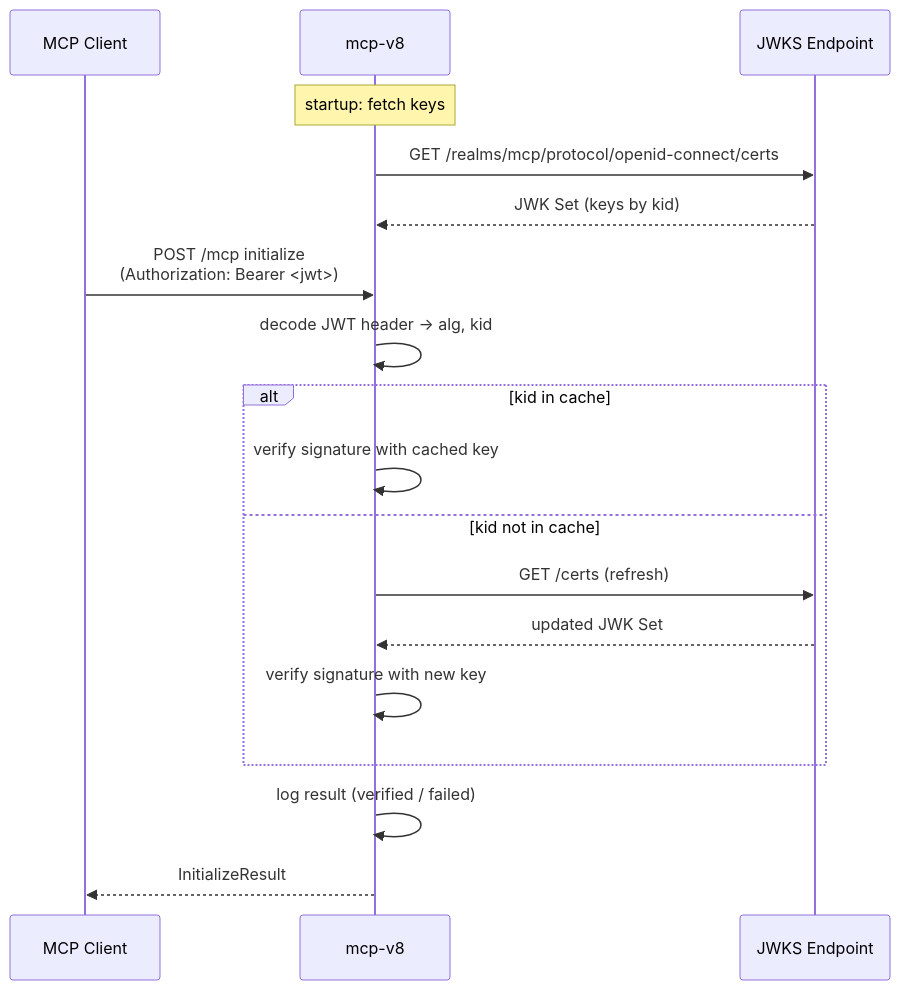
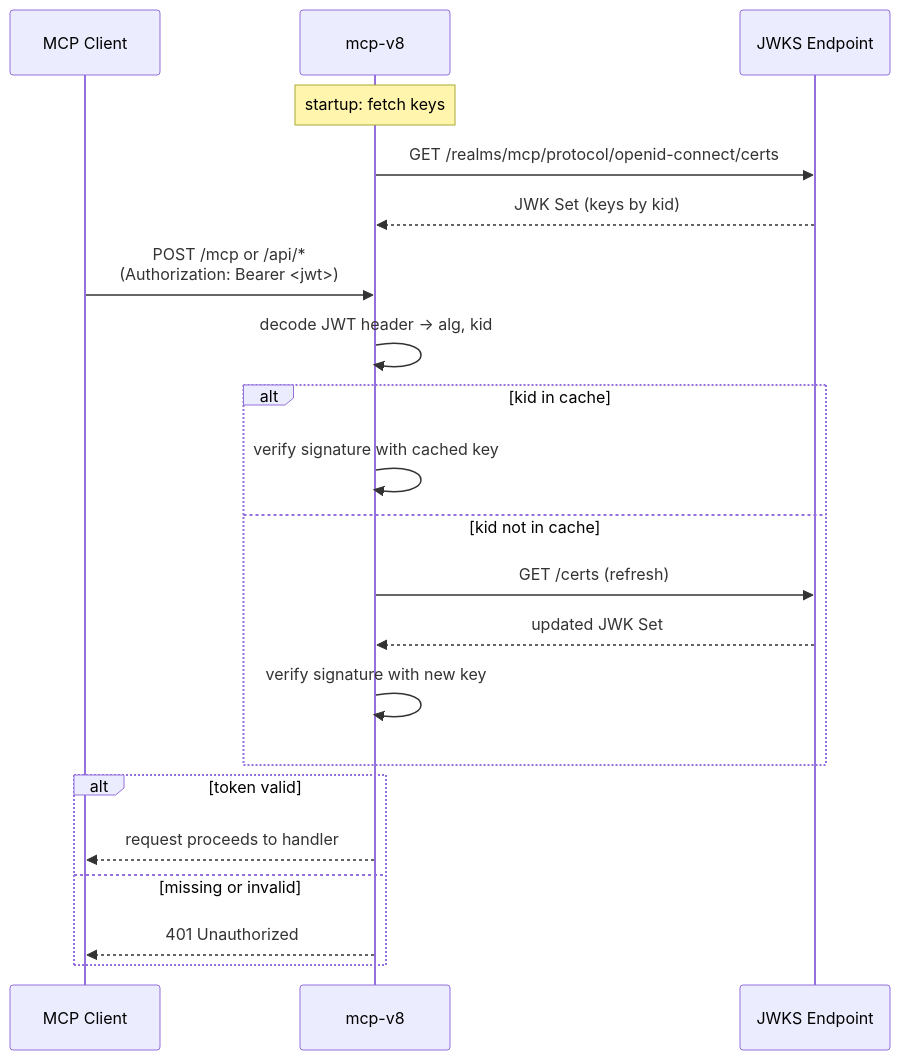
The diagram in site-docs/concepts/authentication.md (r33drichards/mcp-js), drawn with Mermaid before and after one commit. The commit also changed other lines of this file and 6 other files, not shown here.

````diff
--- a/site-docs/concepts/authentication.md
+++ b/site-docs/concepts/authentication.md
@@ -21,22 +26,25 @@
 ```mermaid
 sequenceDiagram
     participant C as MCP Client
     participant S as mcp-v8
     participant K as JWKS Endpoint
 
     note over S: startup: fetch keys
     S->>K: GET /realms/mcp/protocol/openid-connect/certs
     K-->>S: JWK Set (keys by kid)
 
-    C->>S: POST /mcp initialize<br/>(Authorization: Bearer <jwt>)
+    C->>S: POST /mcp or /api/* <br/>(Authorization: Bearer <jwt>)
     S->>S: decode JWT header → alg, kid
     alt kid in cache
         S->>S: verify signature with cached key
     else kid not in cache
         S->>K: GET /certs (refresh)
         K-->>S: updated JWK Set
         S->>S: verify signature with new key
     end
-    S->>S: log result (verified / failed)
-    S-->>C: InitializeResult
+    alt token valid
+        S-->>C: request proceeds to handler
+    else missing or invalid
+        S-->>C: 401 Unauthorized
+    end
 ```
````
